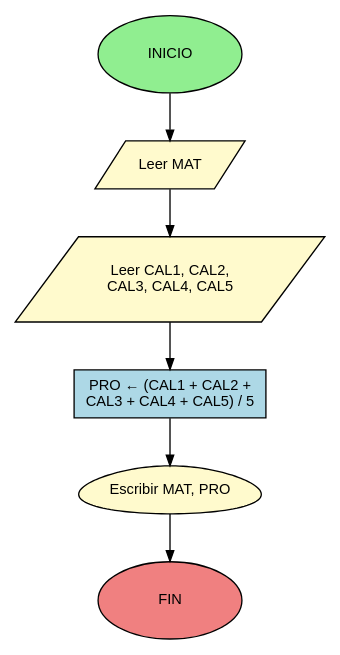
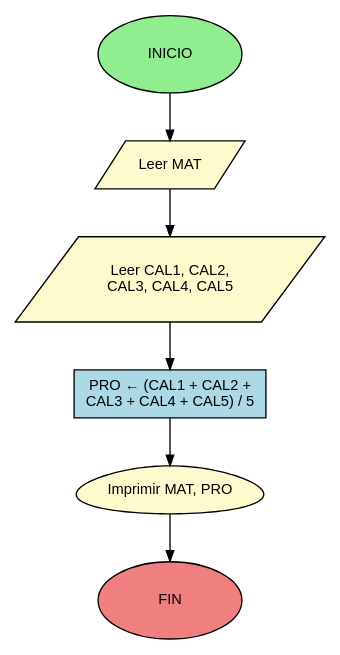
One commit to D1egoXD/JAVA-TICS changed the diagram in diagramas/ejemplo_1_13.dot. Above: the diagram before and after it, drawn with Graphviz. The commit also changed 2 other files, not shown here.

```diff
--- a/diagramas/ejemplo_1_13.dot
+++ b/diagramas/ejemplo_1_13.dot
@@ -1,31 +1,31 @@
 digraph PromedioCalificaciones {
     // Configuración general
     rankdir=TB;
     node [shape=box, style=filled, fontname="Arial", fontsize=11];
     edge [fontname="Arial", fontsize=10, color=black, arrowsize=0.8];
 
     // Nodo inicial (óvalo verde - Símbolo de Inicio)
     start [label="INICIO", shape=oval, fillcolor="#90EE90", style="filled", width=1.5, height=0.8];
 
     // Nodo de entrada MAT (paralelogramo amarillo claro)
     input1 [label="Leer MAT", shape=parallelogram, fillcolor="#FFFACD", style="filled", skew=0.3];
 
     // Nodo de entrada calificaciones (paralelogramo amarillo claro)
     input2 [label="Leer CAL1, CAL2,\nCAL3, CAL4, CAL5", shape=parallelogram, fillcolor="#FFFACD", style="filled", skew=0.3];
 
     // Nodo de proceso (rectángulo azul claro)
     process [label="PRO ← (CAL1 + CAL2 +\nCAL3 + CAL4 + CAL5) / 5", shape=rectangle, fillcolor="#ADD8E6", style="filled"];
 
     // Nodo de salida (egg - Símbolo de Documento Impreso)
-    output [label="Escribir MAT, PRO", shape=egg, fillcolor="#FFFACD", style="filled"];
+    output [label="Imprimir MAT, PRO", shape=egg, fillcolor="#FFFACD", style="filled"];
 
     // Nodo final (óvalo rojo/coral - Símbolo de Fin)
     end [label="FIN", shape=oval, fillcolor="#F08080", style="filled", width=1.5, height=0.8];
 
     // Conexiones
     start -> input1;
     input1 -> input2;
     input2 -> process;
     process -> output;
     output -> end;
 }
```
